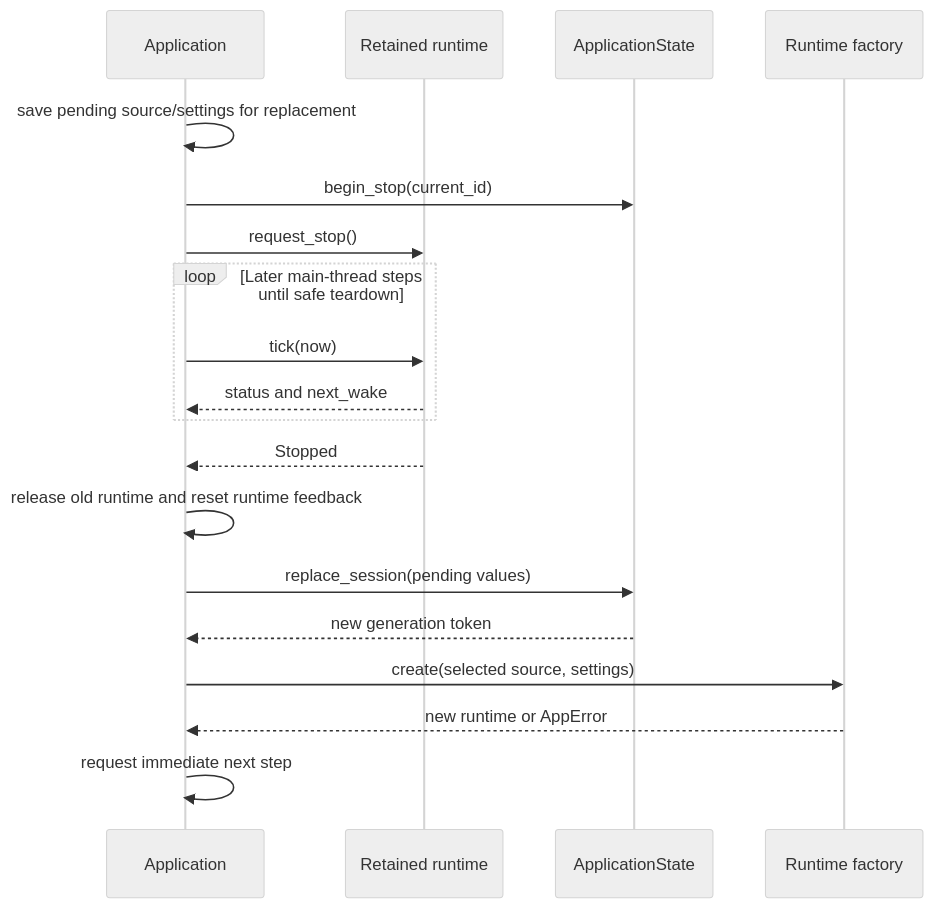
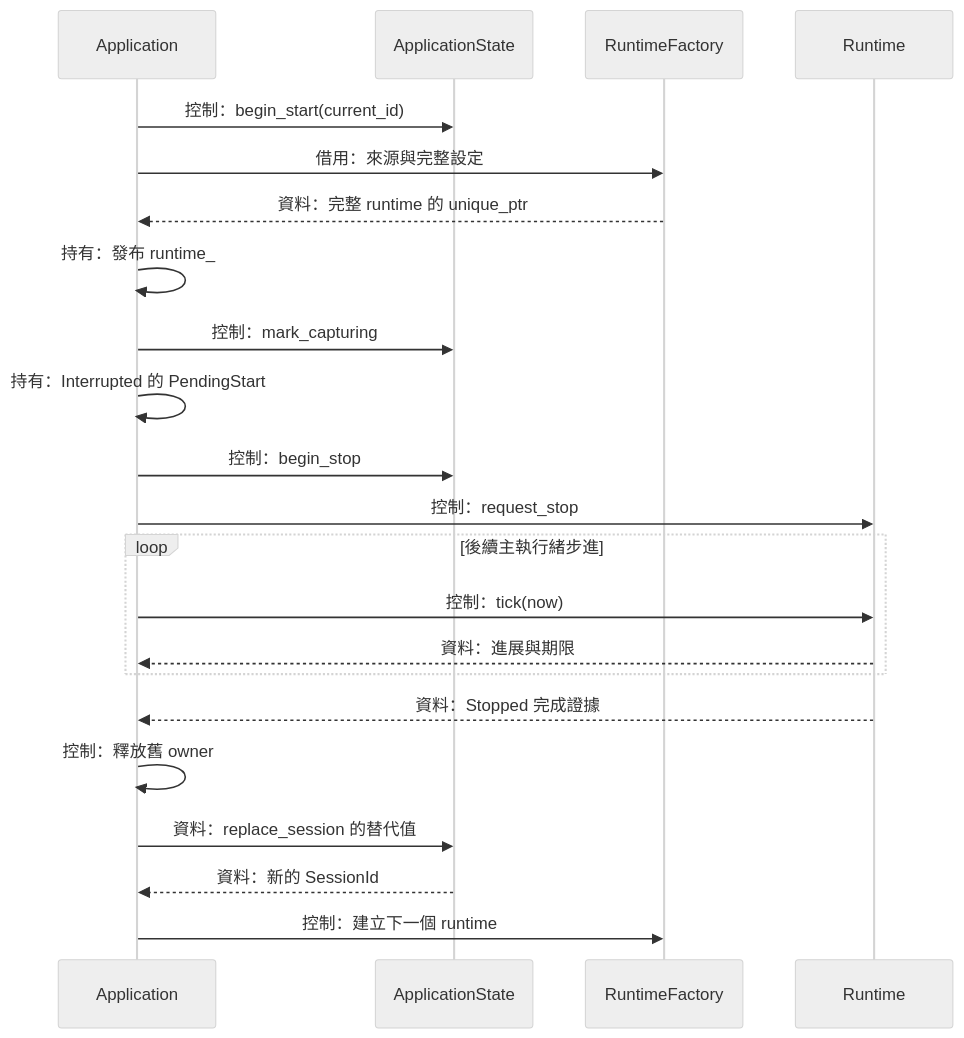
One commit to Mes0903/avb0795 changed the third of 12 diagrams in docs/architecture/application-ui.md. Above: the diagram before and after it, drawn with Mermaid (neutral theme). The commit also changed other lines of this file and 156 other files, not shown here.

````diff
--- a/docs/architecture/application-ui.md
+++ b/docs/architecture/application-ui.md
@@ -117,21 +74,24 @@
 ```mermaid
 sequenceDiagram
     participant A as Application
-    participant R as Retained runtime
     participant S as ApplicationState
-    participant F as Runtime factory
-    A->>A: save pending source/settings for replacement
-    A->>S: begin_stop(current_id)
-    A->>R: request_stop()
-    loop Later main-thread steps until safe teardown
-        A->>R: tick(now)
-        R-->>A: status and next_wake
+    participant F as RuntimeFactory
+    participant R as Runtime
+    A->>S: 控制：begin_start(current_id)
+    A->>F: 借用：來源與完整設定
+    F-->>A: 資料：完整 runtime 的 unique_ptr
+    A->>A: 持有：發布 runtime_
+    A->>S: 控制：mark_capturing
+    A->>A: 持有：Interrupted 的 PendingStart
+    A->>S: 控制：begin_stop
+    A->>R: 控制：request_stop
+    loop 後續主執行緒步進
+        A->>R: 控制：tick(now)
+        R-->>A: 資料：進展與期限
     end
-    R-->>A: Stopped
-    A->>A: release old runtime and reset runtime feedback
-    A->>S: replace_session(pending values)
-    S-->>A: new generation token
-    A->>F: create(selected source, settings)
-    F-->>A: new runtime or AppError
-    A->>A: request immediate next step
+    R-->>A: 資料：Stopped 完成證據
+    A->>A: 控制：釋放舊 owner
+    A->>S: 資料：replace_session 的替代值
+    S-->>A: 資料：新的 SessionId
+    A->>F: 控制：建立下一個 runtime
 ```
````
